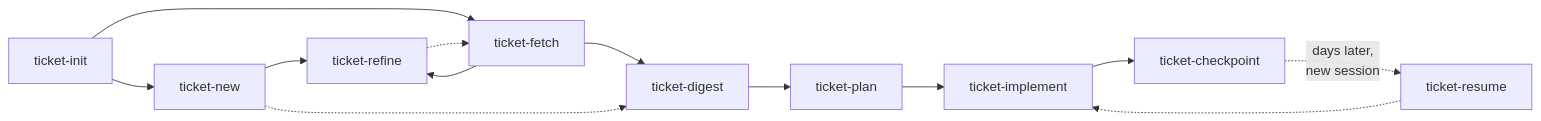
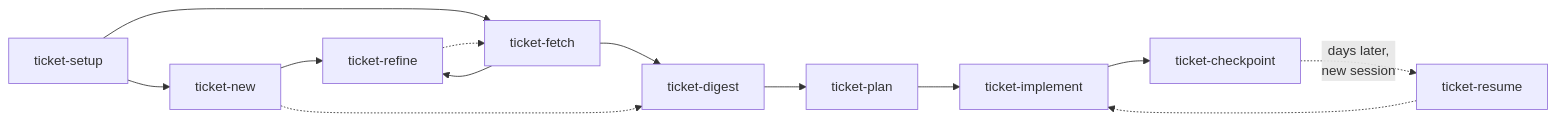
The first of 2 diagrams in skills/ticket-common/WORKFLOW.md (AlexCR97/.claude), drawn with Mermaid before and after one commit. The commit also changed other lines of this file and 19 other files, not shown here.

First line of the commit message:
chore(ticket)!: rename ticket-init to ticket-setup

````diff
--- a/skills/ticket-common/WORKFLOW.md
+++ b/skills/ticket-common/WORKFLOW.md
@@ -5,15 +5,15 @@
 ```mermaid
 flowchart LR
-    INIT[ticket-init] --> NEW[ticket-new]
+    INIT[ticket-setup] --> NEW[ticket-new]
     INIT --> FETCH[ticket-fetch]
     NEW --> REFINE[ticket-refine]
     FETCH --> REFINE
     REFINE -.-> FETCH
     FETCH --> DIGEST[ticket-digest]
     NEW -.-> DIGEST
     DIGEST --> PLAN[ticket-plan]
     PLAN --> IMPLEMENT[ticket-implement]
     IMPLEMENT --> CHECKPOINT[ticket-checkpoint]
     CHECKPOINT -.->|"days later,\nnew session"| RESUME[ticket-resume]
     RESUME -.-> IMPLEMENT
 ```
````
